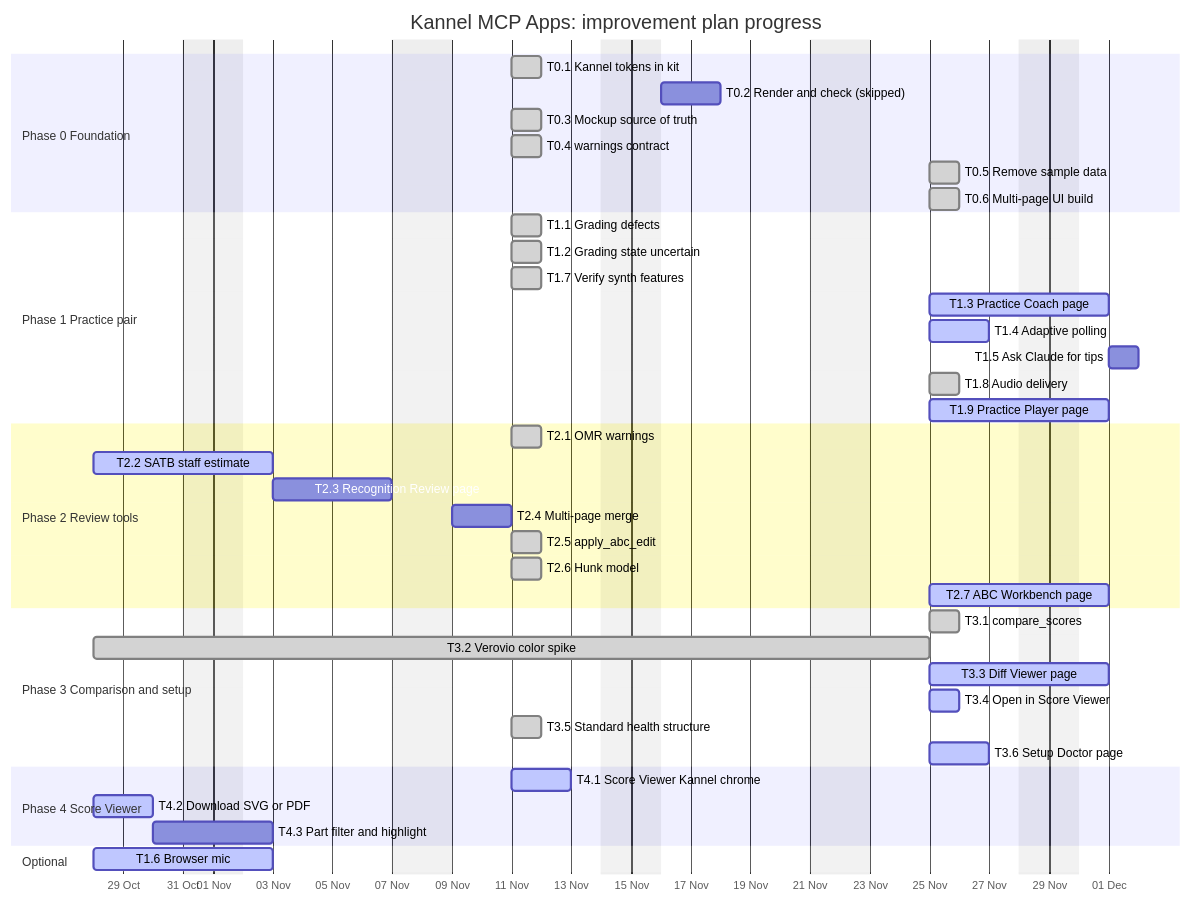
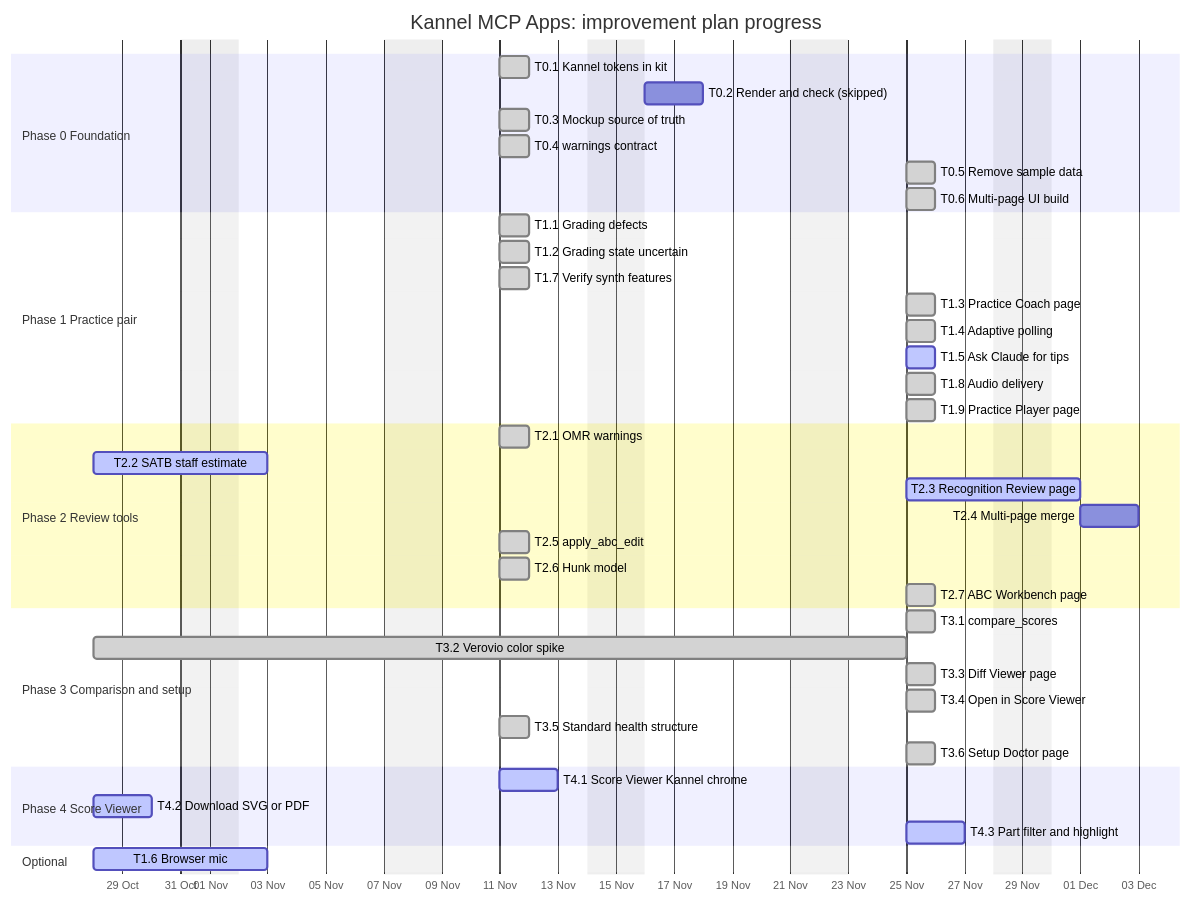
Before and after one commit to raulkivi/sheet-music-mcp: the diagram in docs/research/mcp-apps-improvement-plan.md, drawn with Mermaid. The commit also changed other lines of this file and 1 other file, not shown here.

````diff
--- a/docs/research/mcp-apps-improvement-plan.md
+++ b/docs/research/mcp-apps-improvement-plan.md
@@ -190,51 +190,51 @@
 ```mermaid
 gantt
     title Kannel MCP Apps: improvement plan progress
     dateFormat YYYY-MM-DD
     axisFormat %d %b
     excludes weekends
     todayMarker off
 
     section Phase 0 Foundation
     T0.1 Kannel tokens in kit           :done, t01, 2026-11-11, 1d
     T0.2 Render and check (skipped)     :t02, 2026-11-16, 2d
     T0.3 Mockup source of truth         :done, t03, 2026-11-11, 1d
     T0.4 warnings contract              :done, t04, 2026-11-11, 1d
     T0.5 Remove sample data             :done, t05, 2026-11-25, 1d
     T0.6 Multi-page UI build            :done, t06, 2026-11-25, 1d
 
     section Phase 1 Practice pair
     T1.1 Grading defects                :done, t11, 2026-11-11, 1d
     T1.2 Grading state uncertain        :done, t12, 2026-11-11, 1d
     T1.7 Verify synth features          :done, t17, 2026-11-11, 1d
-    T1.3 Practice Coach page            :active, t13, 2026-11-25, 4d
-    T1.4 Adaptive polling               :active, t14, 2026-11-25, 2d
-    T1.5 Ask Claude for tips            :t15, after t13, 1d
+    T1.3 Practice Coach page            :done, t13, 2026-11-25, 1d
+    T1.4 Adaptive polling               :done, t14, 2026-11-25, 1d
+    T1.5 Ask Claude for tips            :active, t15, 2026-11-25, 1d
     T1.8 Audio delivery                 :done, t18, 2026-11-25, 1d
-    T1.9 Practice Player page           :active, t19, 2026-11-25, 4d
+    T1.9 Practice Player page           :done, t19, 2026-11-25, 1d
 
     section Phase 2 Review tools
     T2.1 OMR warnings                   :done, t21, 2026-11-11, 1d
     T2.2 SATB staff estimate            :active, t22, 2026-10-28, 4d
-    T2.3 Recognition Review page        :t23, after t22, 4d
+    T2.3 Recognition Review page        :active, t23, 2026-11-25, 4d
     T2.4 Multi-page merge               :t24, after t23, 2d
     T2.5 apply_abc_edit                 :done, t25, 2026-11-11, 1d
     T2.6 Hunk model                     :done, t26, 2026-11-11, 1d
-    T2.7 ABC Workbench page             :active, t27, 2026-11-25, 4d
+    T2.7 ABC Workbench page             :done, t27, 2026-11-25, 1d
 
     section Phase 3 Comparison and setup
     T3.1 compare_scores                 :done, t31, 2026-11-25, 1d
     T3.2 Verovio color spike            :done, t32, 2026-10-28, 2026-11-25
-    T3.3 Diff Viewer page               :active, t33, 2026-11-25, 4d
-    T3.4 Open in Score Viewer           :active, t34, 2026-11-25, 1d
+    T3.3 Diff Viewer page               :done, t33, 2026-11-25, 1d
+    T3.4 Open in Score Viewer           :done, t34, 2026-11-25, 1d
     T3.5 Standard health structure      :done, t35, 2026-11-11, 1d
-    T3.6 Setup Doctor page              :active, t36, 2026-11-25, 2d
+    T3.6 Setup Doctor page              :done, t36, 2026-11-25, 1d
 
     section Phase 4 Score Viewer
     T4.1 Score Viewer Kannel chrome     :active, t41, 2026-11-11, 2d
     T4.2 Download SVG or PDF            :active, t42, 2026-10-28, 2d
-    T4.3 Part filter and highlight      :t43, after t42, 2d
+    T4.3 Part filter and highlight      :active, t43, 2026-11-25, 2d
 
     section Optional
     T1.6 Browser mic                    :active, t16, 2026-10-28, 4d
 ```
````
